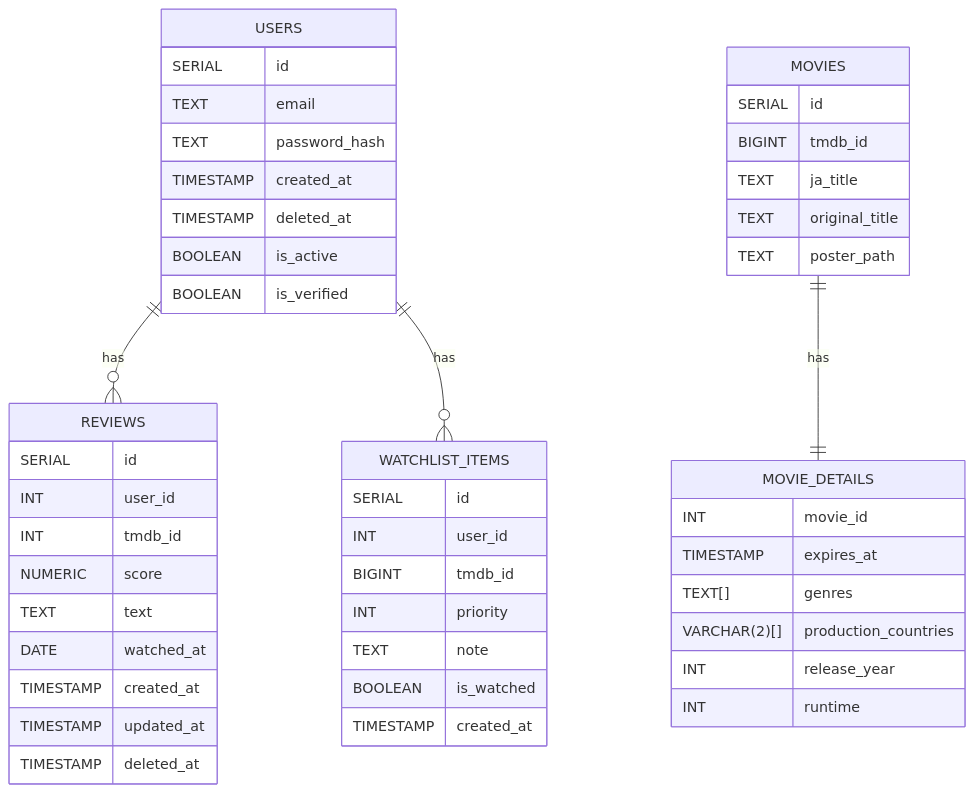
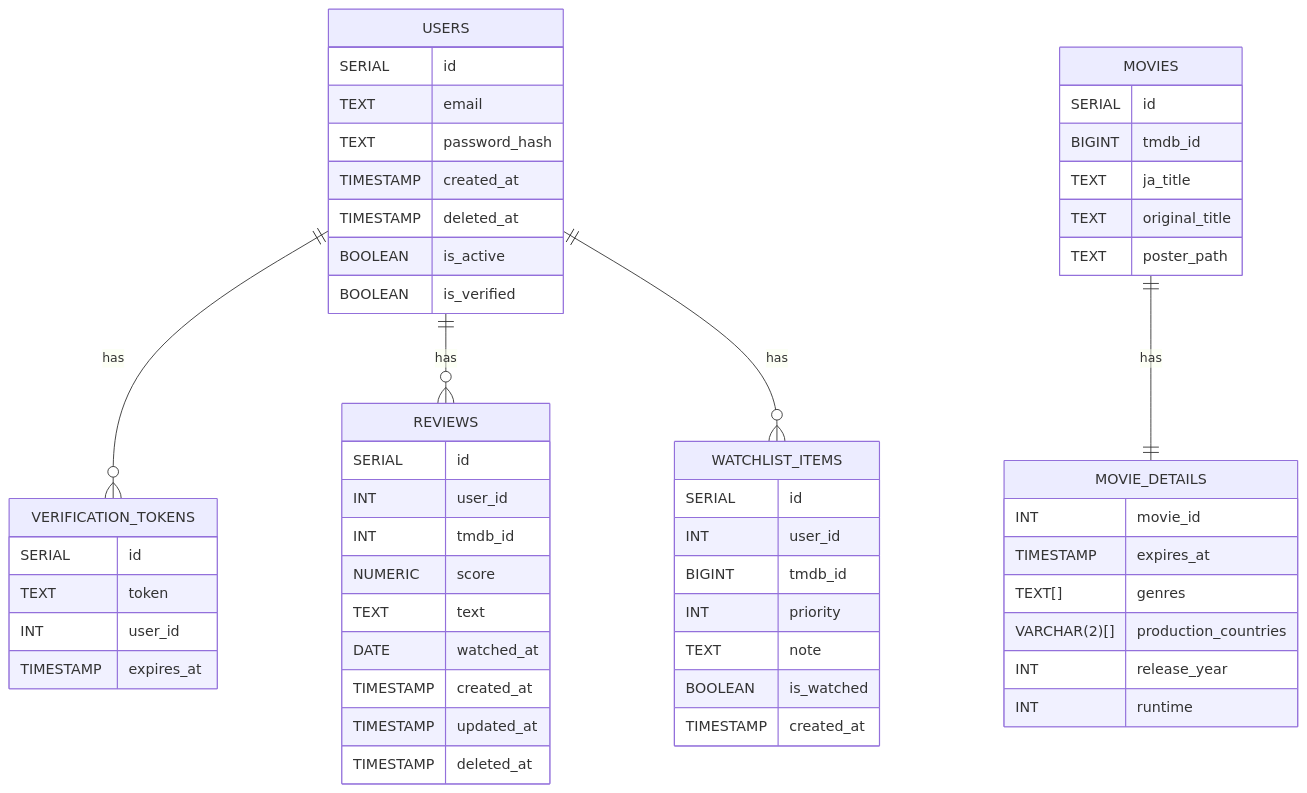
One commit to kotonekanno/movie-review-log changed the diagram in docs/db-design.md. Above: the diagram before and after it, drawn with Mermaid. The commit also changed other lines of this file and 20 other files, not shown here.

````diff
--- a/docs/db-design.md
+++ b/docs/db-design.md
@@ -13,55 +14,63 @@
 ```mermaid
 erDiagram
+    USERS ||--o{ VERIFICATION_TOKENS : has
     USERS ||--o{ REVIEWS : has
     USERS ||--o{ WATCHLIST_ITEMS : has
     MOVIES ||--|| MOVIE_DETAILS : has
     
     USERS {
         SERIAL id
         TEXT email
         TEXT password_hash
         TIMESTAMP created_at
         TIMESTAMP deleted_at
         BOOLEAN is_active
         BOOLEAN is_verified
+    }
+
+    VERIFICATION_TOKENS {
+        SERIAL id
+        TEXT token
+        INT user_id
+        TIMESTAMP expires_at
     }
 
     MOVIES {
         SERIAL id
         BIGINT tmdb_id
         TEXT ja_title
         TEXT original_title
         TEXT poster_path
     }
 
     MOVIE_DETAILS {
         INT movie_id
         TIMESTAMP expires_at
         TEXT[] genres
         VARCHAR(2)[] production_countries
         INT release_year
         INT runtime
     }
 
     REVIEWS {
         SERIAL id
         INT user_id
         INT tmdb_id
         NUMERIC score
         TEXT text
         DATE watched_at
         TIMESTAMP created_at
         TIMESTAMP updated_at
         TIMESTAMP deleted_at
     }
 
     WATCHLIST_ITEMS {
         SERIAL id
         INT user_id
         BIGINT tmdb_id
         INT priority
         TEXT note
         BOOLEAN is_watched
         TIMESTAMP created_at
     }
 ```
````
